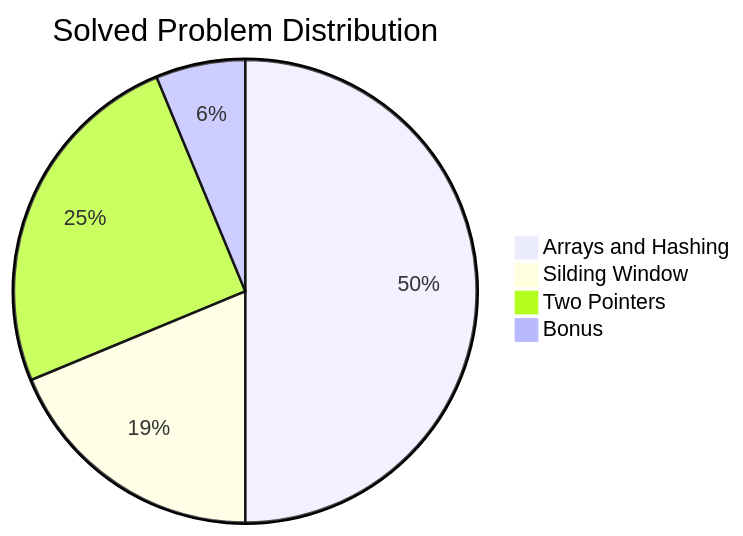
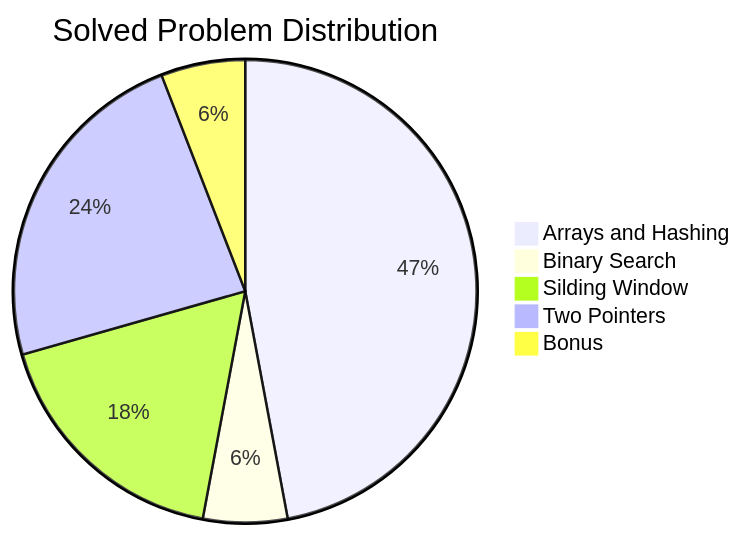
The first of 2 diagrams in README.md (halcyon-past/SDE_PRACTICE_SHEET-MASTERY), drawn with Mermaid before and after one commit. The commit also changed other lines of this file and 1 other file, not shown here.

````diff
--- a/README.md
+++ b/README.md
@@ -17,7 +17,8 @@
 ```mermaid
 pie title Solved Problem Distribution
     "Arrays and Hashing" : 8
+    "Binary Search" : 1
     "Silding Window" : 3
     "Two Pointers" : 4
     "Bonus" : 1
 ```
````
